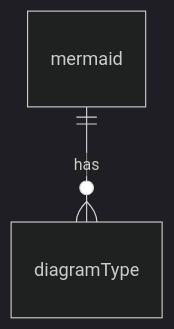
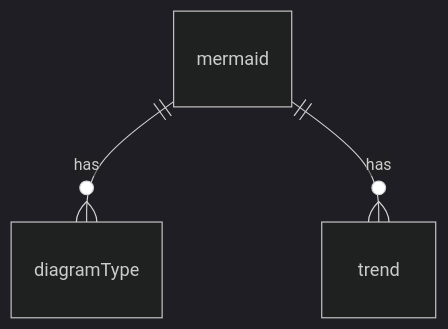
One commit to Echo-Yanglulu/obsidianPrivateNote changed the diagram in 笔记/思考工具/图形/mermaid语法.md. Above: the diagram before and after it, drawn with Mermaid (dark theme). The commit also changed 1 other file, not shown here.

Commit message:
backup: 2022-07-09 12:53:58
Affected files:
.obsidian/hotkeys.json
笔记/思考工具/图形/mermaid语法.md

````diff
--- a/笔记/思考工具/图形/mermaid语法.md
+++ b/笔记/思考工具/图形/mermaid语法.md
@@ -1,4 +1,5 @@
 ``` mermaid
 	erDiagram
 	mermaid ||--o{ diagramType: has
+	mermaid ||--o{ trend: has
 ```
````
